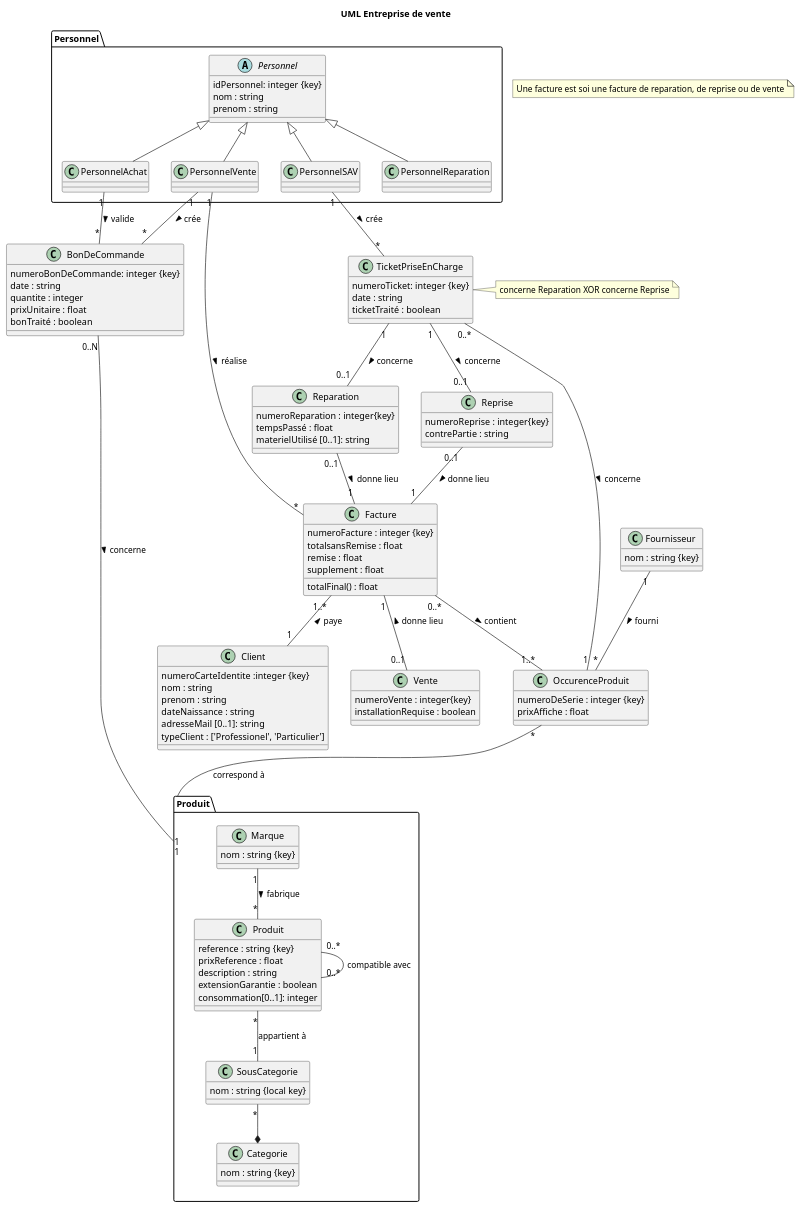
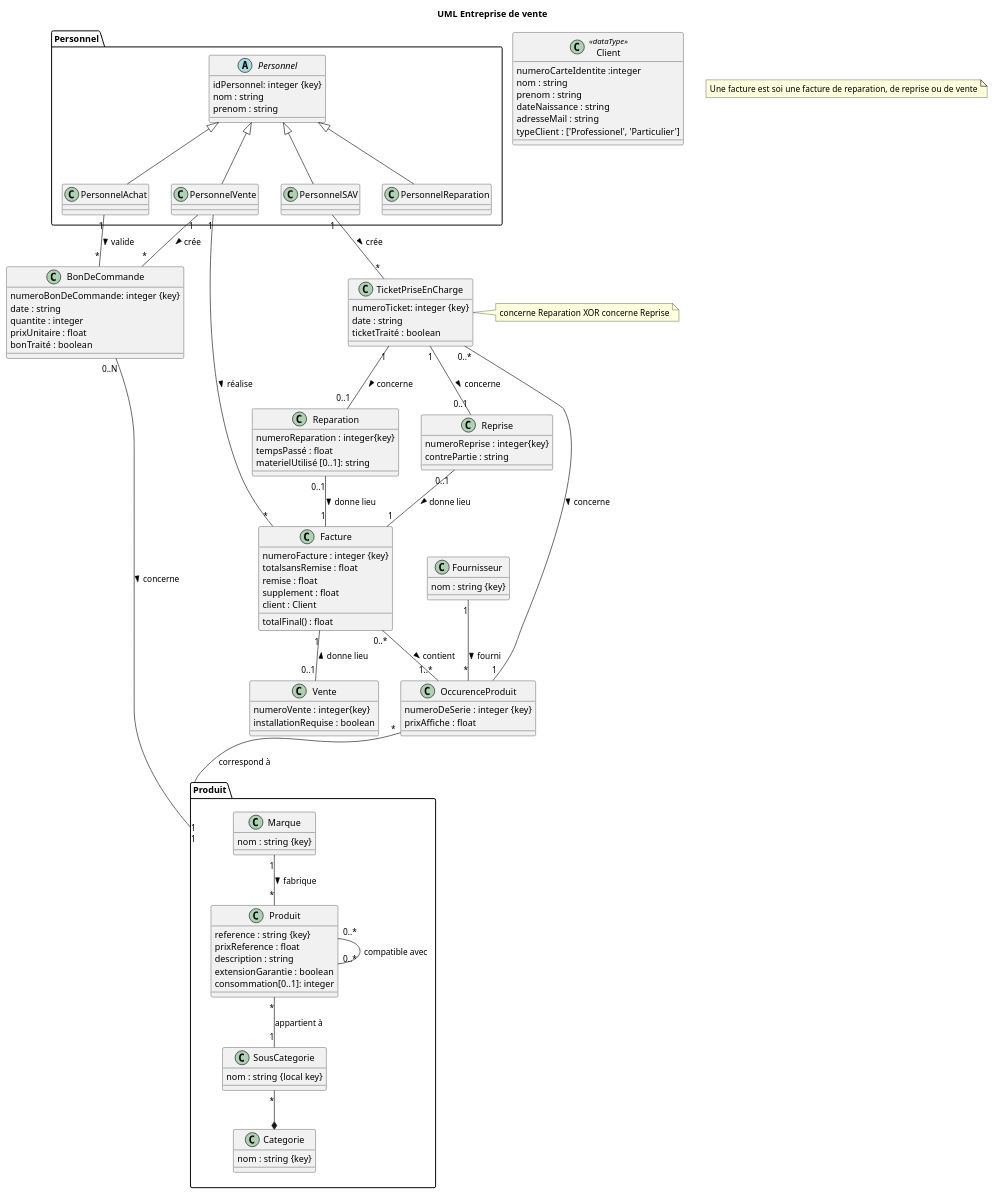
One commit to mariaidrissi/Entreprise-de-vente changed the diagram in MCD.plantuml. Above: the diagram before and after it, drawn with PlantUML.

Commit message:
Suppression classe Client, ajout du datatype Client MCD.plantuml

```diff
--- a/MCD.plantuml
+++ b/MCD.plantuml
@@ -1,147 +1,148 @@
 @startuml
 title UML Entreprise de vente
 
 package Produit {
 
 class Produit {
   reference : string {key}
   prixReference : float
   description : string
   extensionGarantie : boolean
   consommation[0..1]: integer
 }
 
 
 Produit "0..*" --  "0..*" Produit : compatible avec
 
 Marque "1" -- "*" Produit : fabrique >
 
 class Marque {
 	nom : string {key}
 }
 
 class Categorie {
 	nom : string {key}
 }
 
 class SousCategorie {
 	nom : string {local key}
 }
 
 SousCategorie "*" --* Categorie
 Produit  "*" -- "1" SousCategorie : appartient à
 }
 
 
 class OccurenceProduit {
   numeroDeSerie : integer {key}
   prixAffiche : float
 }
 
 OccurenceProduit  "*" -- "1" Produit : correspond à
 
 class Fournisseur {
 	nom : string {key}
 }
 
 Fournisseur "1" -- "*" OccurenceProduit : fourni >
 
 class Facture {
   numeroFacture : integer {key}
   totalsansRemise : float 
   remise : float
   supplement : float
+  client : Client
   totalFinal() : float
 }
 
 
-class Client { 
-  numeroCarteIdentite :integer {key}
+class Client <<dataType>> { 
+  numeroCarteIdentite :integer 
   nom : string 
   prenom : string 
   dateNaissance : string 
-  adresseMail [0..1]: string
+  adresseMail : string
   typeClient : ['Professionel', 'Particulier']
 }
-Facture "1..*" -- "1" Client : paye <
+
 
 Facture "0..*" -- "1..*" OccurenceProduit : contient >
 
 
 package Personnel {
   
 abstract class Personnel {
   idPersonnel: integer {key}
   nom : string 
   prenom : string 
 }
 
 class PersonnelAchat{
 }
 
 class PersonnelVente{
 }
 
 class PersonnelSAV{
 }
 
 class PersonnelReparation{
 }
 
 Personnel <|-- PersonnelAchat
 Personnel <|-- PersonnelVente
 Personnel <|-- PersonnelReparation
 Personnel <|-- PersonnelSAV
 }
 
 PersonnelVente "1" -- "*" Facture : réalise >
 PersonnelSAV "1" -- "*" TicketPriseEnCharge : crée >
 PersonnelAchat "1" -- "*" BonDeCommande : valide >
 PersonnelVente "1" -- "*" BonDeCommande : crée >
 
 class TicketPriseEnCharge {
   numeroTicket: integer {key}
   date : string 
   ticketTraité : boolean
 }
 TicketPriseEnCharge "0..*" -- "1" OccurenceProduit: concerne >
 
 class BonDeCommande {
   numeroBonDeCommande: integer {key}
   date : string
   quantite : integer
   prixUnitaire : float
   bonTraité : boolean
 }
 
 BonDeCommande "0..N" -- "1" Produit: concerne >
 
 class Reparation  {
   numeroReparation : integer{key}
   tempsPassé : float 
   materielUtilisé [0..1]: string
 }
 
 class Reprise  {
   numeroReprise : integer{key}
   contrePartie : string
 }
 
 
 note right of TicketPriseEnCharge
     concerne Reparation XOR concerne Reprise
 end note
 
 note "Une facture est soi une facture de reparation, de reprise ou de vente" as N1
 
 TicketPriseEnCharge "1" -- "0..1" Reparation : concerne >
 Reparation "0..1" -- "1" Facture : donne lieu >
 TicketPriseEnCharge "1" -- "0..1" Reprise : concerne >
 Reprise "0..1" -- "1" Facture : donne lieu >
 
 Facture "1" -- "0..1" Vente : donne lieu <
 class Vente  {
   numeroVente : integer{key}
   installationRequise : boolean 
 }
 @enduml
```
